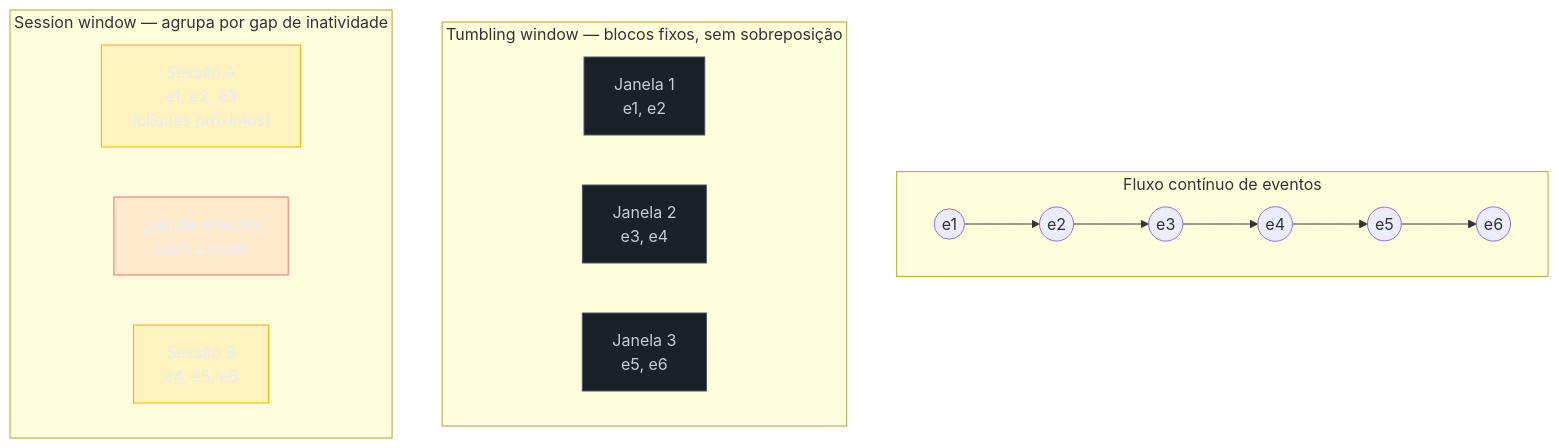
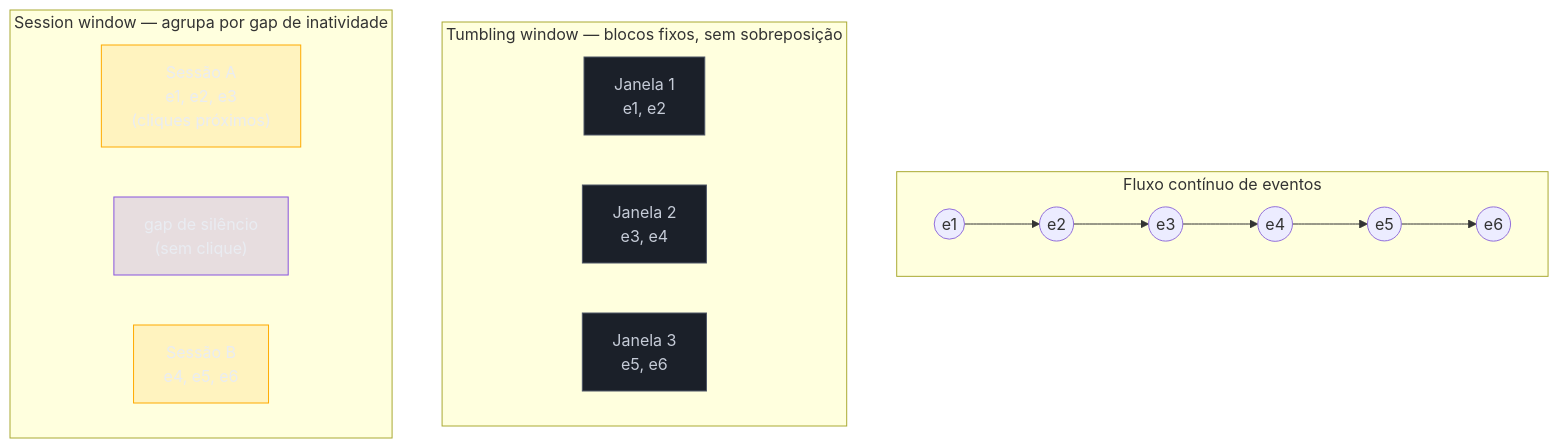
The first of 2 diagrams in 03-Dominios/Engenharia/Dados/3 - Pipelines - movimentação e transformação/05 - Dados em movimento.md (josenaldo/codex-technomanticus), drawn with Mermaid before and after one commit. The commit also changed 601 other files, not shown here.

````diff
--- a/03-Dominios/Engenharia/Dados/3 - Pipelines - movimentação e transformação/05 - Dados em movimento.md
+++ b/03-Dominios/Engenharia/Dados/3 - Pipelines - movimentação e transformação/05 - Dados em movimento.md
@@ -95,28 +95,28 @@
 ```mermaid
 graph TB
+    classDef marca fill:#8855DF33,stroke:#8855DF,color:#E9ECF2
     classDef neutro fill:#1B2029,stroke:#4E5666,color:#C6CCD8
     classDef destaque fill:#FFAA0024,stroke:#FFAA00,color:#E9ECF2
-    classDef falha fill:#FF6B6B24,stroke:#FF6B6B,color:#E9ECF2
     subgraph Stream["Fluxo contínuo de eventos"]
         E1(("e1")) --> E2(("e2")) --> E3(("e3")) --> E4(("e4")) --> E5(("e5")) --> E6(("e6"))
     end
 
     subgraph Tumbling["Tumbling window — blocos fixos, sem sobreposição"]
         T1["Janela 1<br/>e1, e2"]
         T2["Janela 2<br/>e3, e4"]
         T3["Janela 3<br/>e5, e6"]
     end
 
     subgraph Session["Session window — agrupa por gap de inatividade"]
         S1["Sessão A<br/>e1, e2, e3<br/>(cliques próximos)"]
         Gap["gap de silêncio<br/>(sem clique)"]
         S2["Sessão B<br/>e4, e5, e6"]
     end
 
     class T1 neutro
     class T2 neutro
     class T3 neutro
     class S1 destaque
     class S2 destaque
-    class Gap falha
+    class Gap marca
 ```
````
